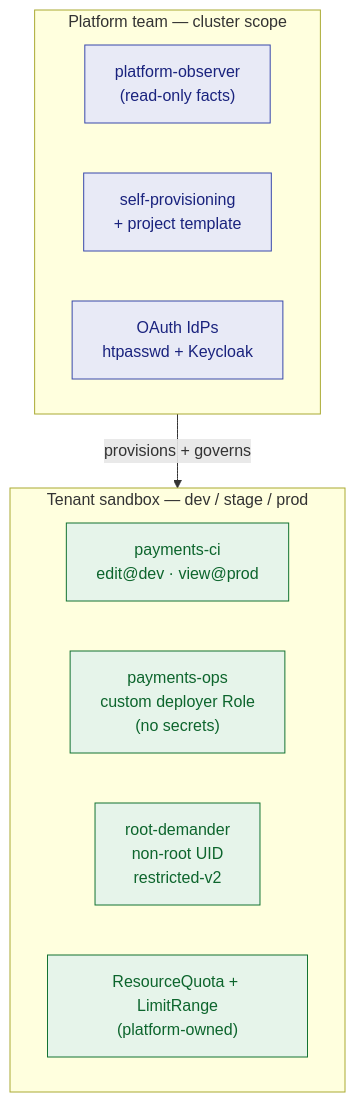
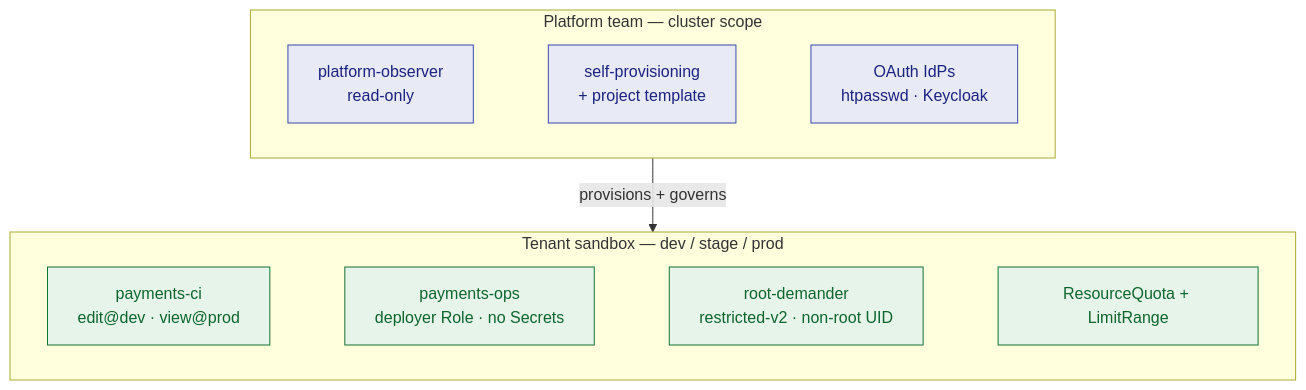
One commit to serhat-dirik/OCP-Getting-Started-Revamped changed the diagram in content/modules/ROOT/examples/diagrams/multi-tenancy-workload-security/04-what-you-built.mmd. Above: the diagram before and after it, drawn with Mermaid. The commit also changed 3 other files, not shown here.

```diff
--- a/content/modules/ROOT/examples/diagrams/multi-tenancy-workload-security/04-what-you-built.mmd
+++ b/content/modules/ROOT/examples/diagrams/multi-tenancy-workload-security/04-what-you-built.mmd
@@ -1,17 +1,28 @@
-graph TB
+%% What you built — Multi-Tenancy & Workload Security.
+%% COMPACT ON PURPOSE (owner review 2026-08-22: "unnecessarily huge"). The first version was a plain
+%% `graph TB`, which stacks every node inside a subgraph vertically — seven nodes of two and three
+%% lines each rendered as a column taller than the wrap-up text it illustrates. The fix is the same
+%% `direction LR` + `~~~` idiom the platform-accretion diagrams already use: each subgraph becomes one
+%% short row, the two rows stack, and the whole picture is two node-heights instead of eight.
+%% Keep labels to two lines. A third line is what made this tall the first time.
+flowchart TB
   subgraph tenant["Tenant sandbox — dev / stage / prod"]
+    direction LR
     sa1["payments-ci<br/>edit@dev · view@prod"]
-    sa2["payments-ops<br/>custom deployer Role<br/>(no secrets)"]
-    wl["root-demander<br/>non-root UID<br/>restricted-v2"]
-    q["ResourceQuota + LimitRange<br/>(platform-owned)"]
+    sa2["payments-ops<br/>deployer Role · no Secrets"]
+    wl["root-demander<br/>restricted-v2 · non-root UID"]
+    q["ResourceQuota + LimitRange"]
+    sa1 ~~~ sa2 ~~~ wl ~~~ q
   end
   subgraph platform["Platform team — cluster scope"]
-    obs["platform-observer<br/>(read-only facts)"]
+    direction LR
+    obs["platform-observer<br/>read-only"]
     sp["self-provisioning<br/>+ project template"]
-    idp["OAuth IdPs<br/>htpasswd + Keycloak"]
+    idp["OAuth IdPs<br/>htpasswd · Keycloak"]
+    obs ~~~ sp ~~~ idp
   end
   platform -->|"provisions + governs"| tenant
   classDef t fill:#e6f4ea,stroke:#137333,color:#0d652d;
   classDef p fill:#e8eaf6,stroke:#3949ab,color:#1a237e;
   class sa1,sa2,wl,q t;
   class obs,sp,idp p;
```
